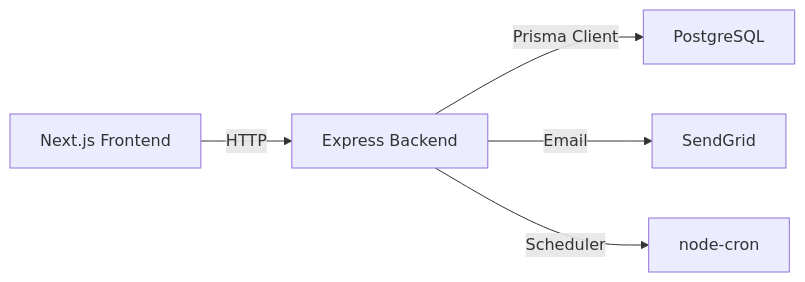
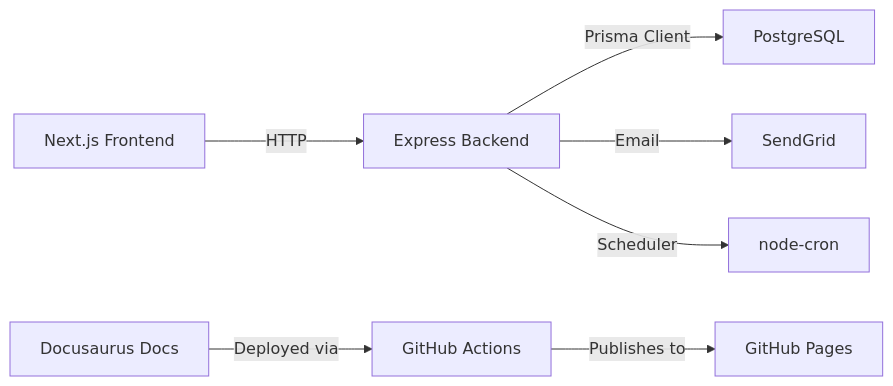
One commit to ZandileMkontwana/olympiad-portal changed the sixth of 6 diagrams in .qoder/repowiki/en/content/Deployment & DevOps/Deployment & DevOps.md. Above: the diagram before and after it, drawn with Mermaid. The commit also changed other lines of this file and 43 other files, not shown here.

````diff
--- a/.qoder/repowiki/en/content/Deployment & DevOps/Deployment & DevOps.md
+++ b/.qoder/repowiki/en/content/Deployment & DevOps/Deployment & DevOps.md
@@ -301,7 +379,9 @@
 ```mermaid
 graph LR
 FE["Next.js Frontend"] --> |"HTTP"| BE["Express Backend"]
 BE --> |"Prisma Client"| DB["PostgreSQL"]
 BE --> |"Email"| SG["SendGrid"]
 BE --> |"Scheduler"| CRON["node-cron"]
+DOC["Docusaurus Docs"] --> |"Deployed via"| GHActions["GitHub Actions"]
+GHActions --> |"Publishes to"| GHPages["GitHub Pages"]
 ```
````
